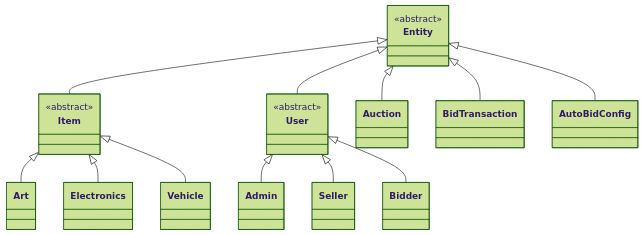
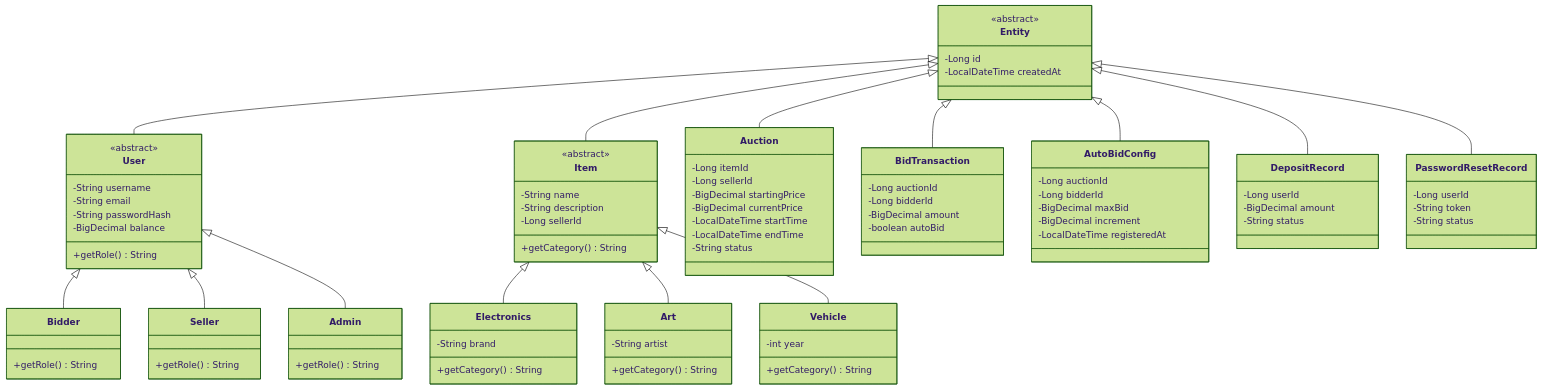
Before and after one commit to kieran-labs/oop-course-project-uet: the first of 5 diagrams in README.md, drawn with Mermaid (forest theme). The commit also changed other lines of this file, not shown here.

````diff
--- a/README.md
+++ b/README.md
@@ -85,22 +85,106 @@
 classDiagram
     direction TB
 
-    class Entity { <<abstract>> }
+    class Entity {
+        <<abstract>>
+        -Long id
+        -LocalDateTime createdAt
+    }
 
-    class Item { <<abstract>> }
-    class User { <<abstract>> }
+    class User {
+        <<abstract>>
+        -String username
+        -String email
+        -String passwordHash
+        -BigDecimal balance
+        +getRole() String
+    }
 
+    class Bidder {
+        +getRole() String
+    }
+
+    class Seller {
+        +getRole() String
+    }
+
+    class Admin {
+        +getRole() String
+    }
+
+    class Item {
+        <<abstract>>
+        -String name
+        -String description
+        -Long sellerId
+        +getCategory() String
+    }
+
+    class Electronics {
+        -String brand
+        +getCategory() String
+    }
+
+    class Art {
+        -String artist
+        +getCategory() String
+    }
+
+    class Vehicle {
+        -int year
+        +getCategory() String
+    }
+
+    class Auction {
+        -Long itemId
+        -Long sellerId
+        -BigDecimal startingPrice
+        -BigDecimal currentPrice
+        -LocalDateTime startTime
+        -LocalDateTime endTime
+        -String status
+    }
+
+    class BidTransaction {
+        -Long auctionId
+        -Long bidderId
+        -BigDecimal amount
+        -boolean autoBid
+    }
+
+    class AutoBidConfig {
+        -Long auctionId
+        -Long bidderId
+        -BigDecimal maxBid
+        -BigDecimal increment
+        -LocalDateTime registeredAt
+    }
+
+    class DepositRecord {
+        -Long userId
+        -BigDecimal amount
+        -String status
+    }
+
+    class PasswordResetRecord {
+        -Long userId
+        -String token
+        -String status
+    }
+
+    Entity <|-- User
+    Entity <|-- Item
     Entity <|-- Auction
     Entity <|-- BidTransaction
     Entity <|-- AutoBidConfig
-    Entity <|-- Item
-    Entity <|-- User
+    Entity <|-- DepositRecord
+    Entity <|-- PasswordResetRecord
 
+    User <|-- Bidder
+    User <|-- Seller
+    User <|-- Admin
+
+    Item <|-- Electronics
     Item <|-- Art
-    Item <|-- Electronics
     Item <|-- Vehicle
-
-    User <|-- Admin
-    User <|-- Seller
-    User <|-- Bidder
 ```
````
